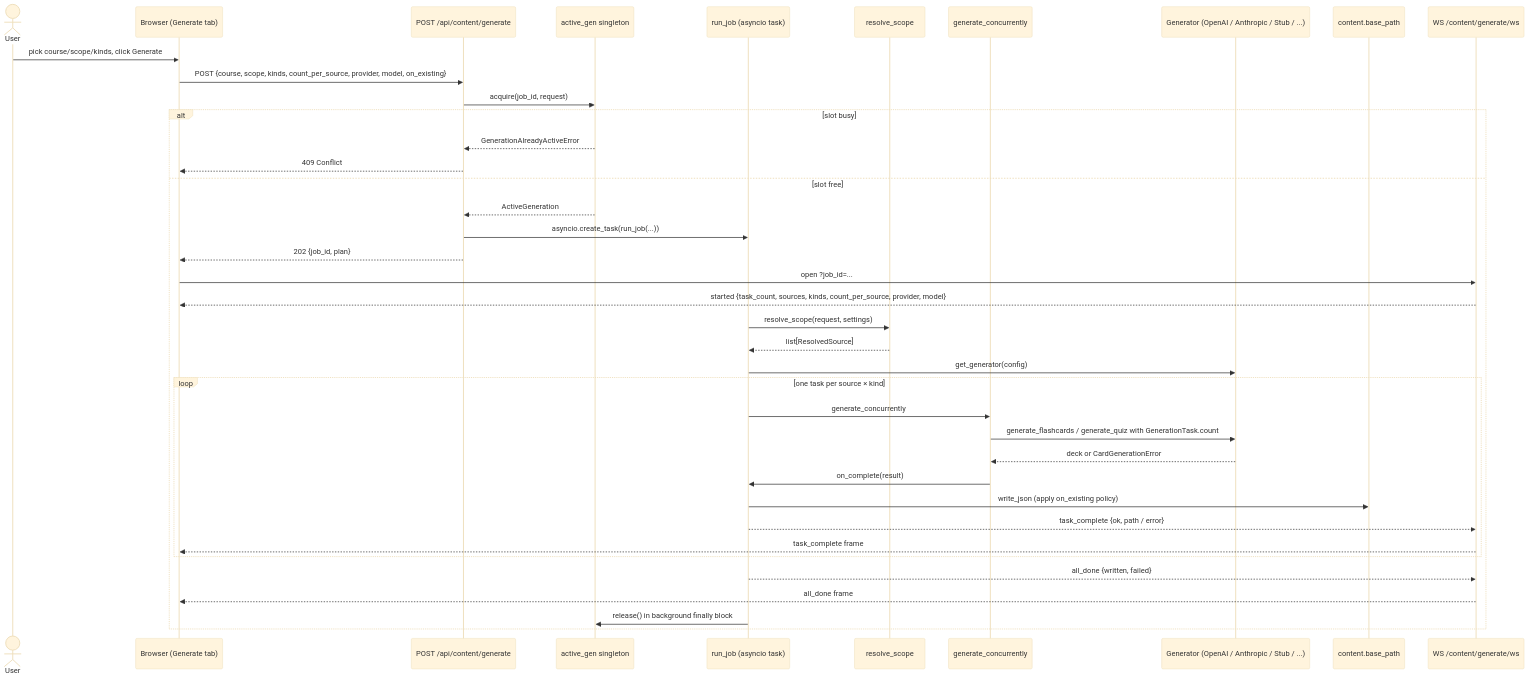
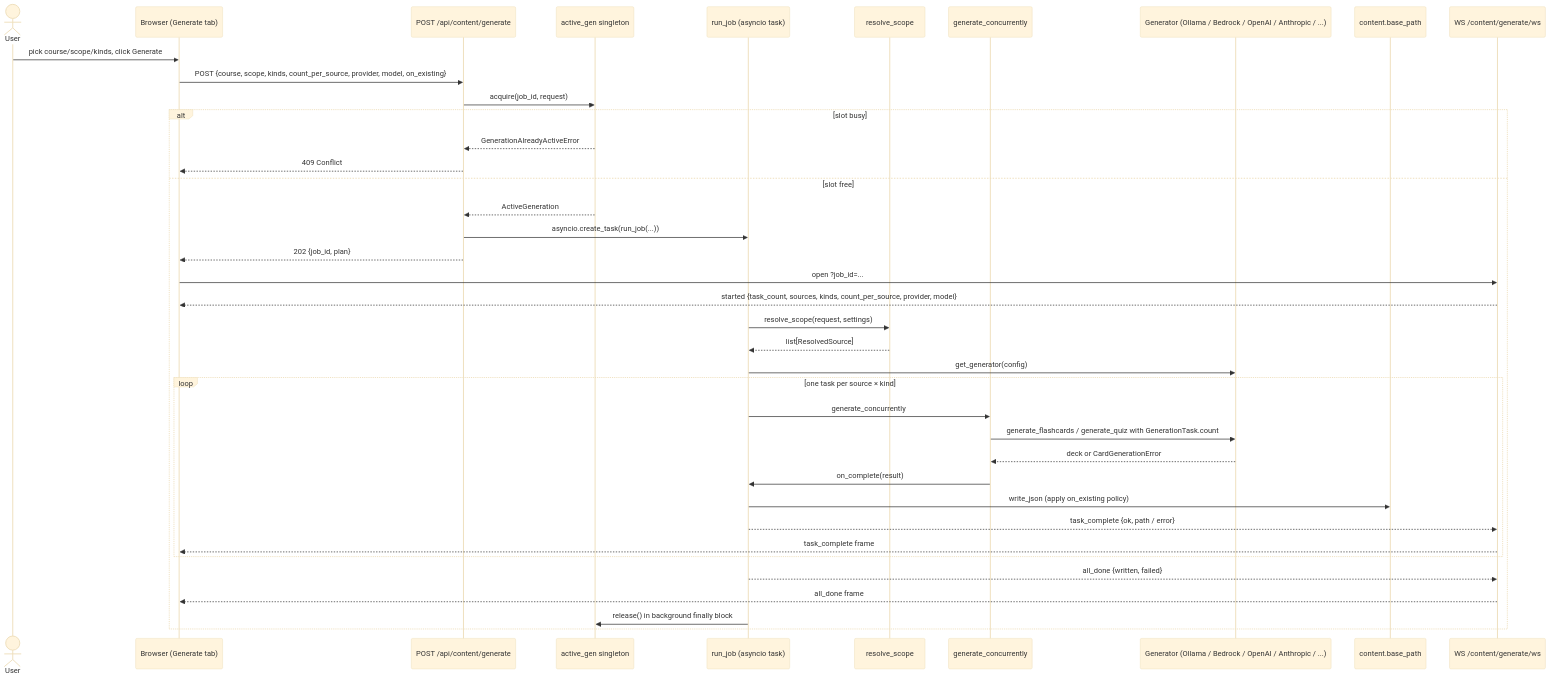
The ninth of 13 diagrams in docs/architecture/current.md (NetDevAutomate/StudyLoop), drawn with Mermaid (base theme) before and after one commit. The commit also changed other lines of this file and 12 other files, not shown here.

First line of the commit message:
docs(architecture): fix stale file maps, Stub backend, and version-independent policy text

````diff
--- a/docs/architecture/current.md
+++ b/docs/architecture/current.md
@@ -552,46 +552,46 @@
 ```mermaid
 sequenceDiagram
     actor User
     participant PWA as Browser (Generate tab)
     participant REST as POST /api/content/generate
     participant Single as active_gen singleton
     participant Job as run_job (asyncio task)
     participant Scope as resolve_scope
     participant Runner as generate_concurrently
-    participant Gen as Generator (OpenAI / Anthropic / Stub / ...)
+    participant Gen as Generator (Ollama / Bedrock / OpenAI / Anthropic / ...)
     participant FS as content.base_path
     participant WS as WS /content/generate/ws
 
     User->>PWA: pick course/scope/kinds, click Generate
     PWA->>REST: POST {course, scope, kinds, count_per_source, provider, model, on_existing}
     REST->>Single: acquire(job_id, request)
     alt slot busy
       Single-->>REST: GenerationAlreadyActiveError
       REST-->>PWA: 409 Conflict
     else slot free
       Single-->>REST: ActiveGeneration
       REST->>Job: asyncio.create_task(run_job(...))
       REST-->>PWA: 202 {job_id, plan}
 
       PWA->>WS: open ?job_id=...
       WS-->>PWA: started {task_count, sources, kinds, count_per_source, provider, model}
 
       Job->>Scope: resolve_scope(request, settings)
       Scope-->>Job: list[ResolvedSource]
       Job->>Gen: get_generator(config)
 
       loop one task per source × kind
         Job->>Runner: generate_concurrently
         Runner->>Gen: generate_flashcards / generate_quiz with GenerationTask.count
         Gen-->>Runner: deck or CardGenerationError
         Runner->>Job: on_complete(result)
         Job->>FS: write_json (apply on_existing policy)
         Job-->>WS: task_complete {ok, path / error}
         WS-->>PWA: task_complete frame
       end
 
       Job-->>WS: all_done {written, failed}
       WS-->>PWA: all_done frame
       Job->>Single: release() in background finally block
     end
 ```
````
